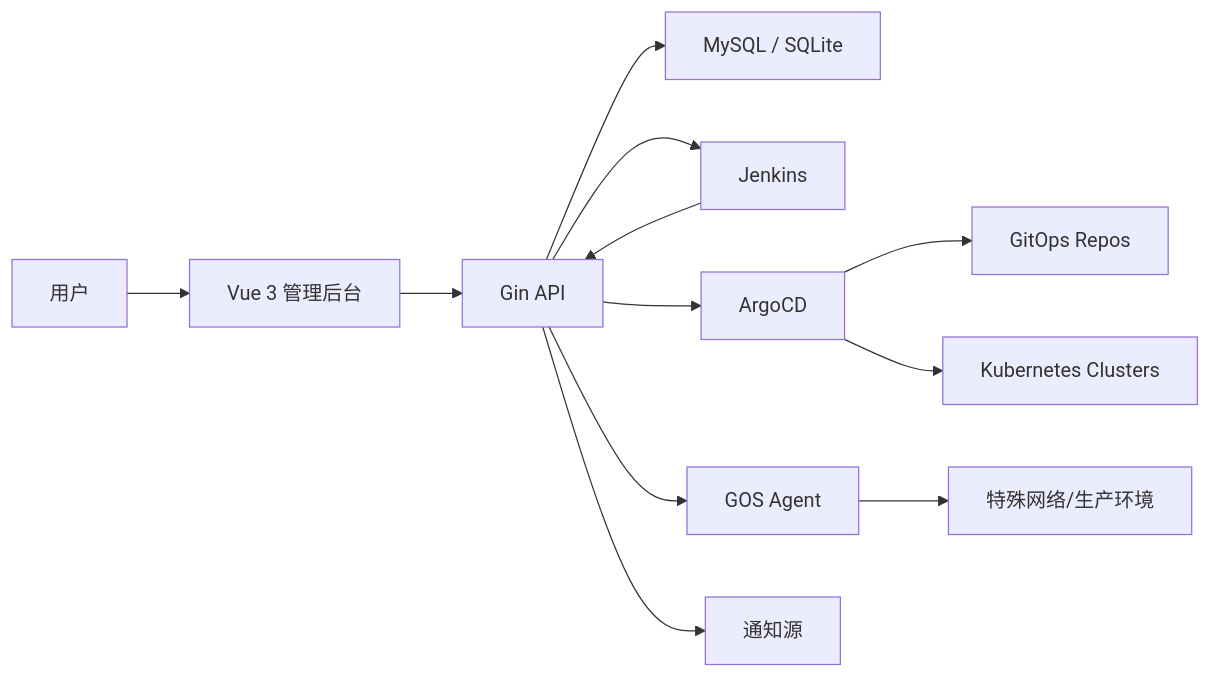
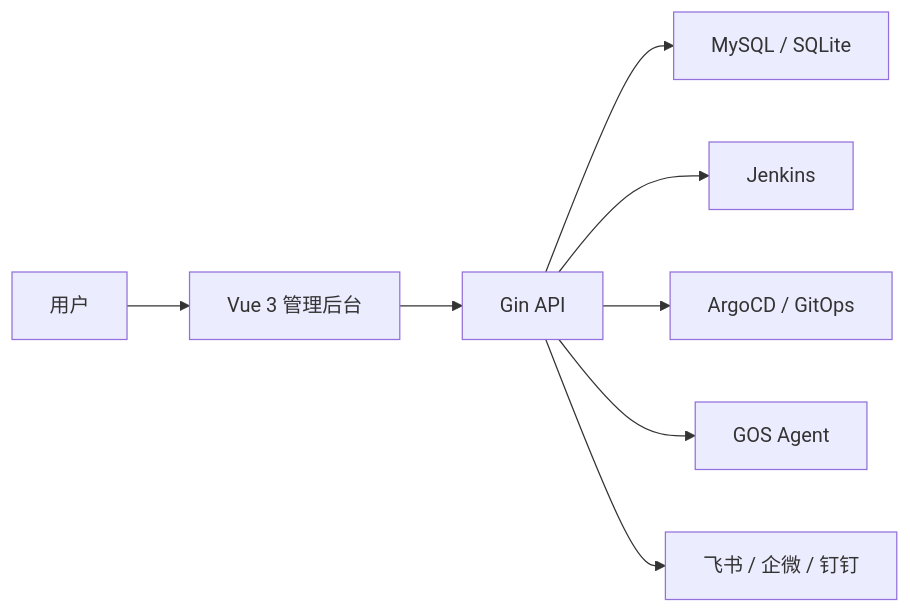
The diagram in README.md (opsre/gos), drawn with Mermaid before and after one commit. The commit also changed other lines of this file and 3 other files, not shown here.

First line of the commit message:
docs: 精简 README 并替换为发布单工作台封面图

````diff
--- a/README.md
+++ b/README.md
@@ -366,14 +129,10 @@
 ```mermaid
 flowchart LR
     U["用户"] --> F["Vue 3 管理后台"]
     F --> B["Gin API"]
     B --> D["MySQL / SQLite"]
     B --> J["Jenkins"]
-    B --> AR["ArgoCD"]
+    B --> AR["ArgoCD / GitOps"]
     B --> AG["GOS Agent"]
-    B --> N["通知源"]
-    AR --> G["GitOps Repos"]
-    AR --> K["Kubernetes Clusters"]
-    AG --> T["特殊网络/生产环境"]
-    J --> B
+    B --> N["飞书 / 企微 / 钉钉"]
 ```
````
